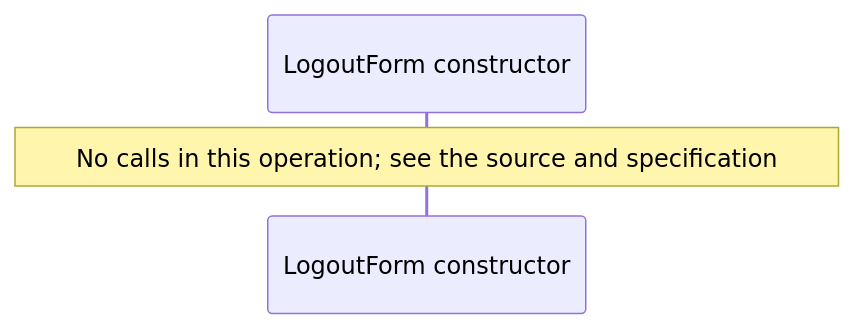
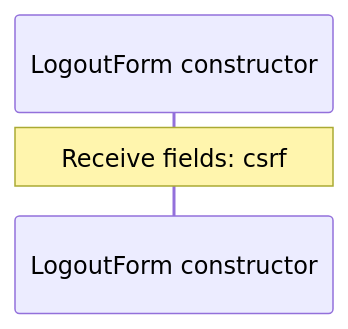
The fourth of 5 diagrams in docs/examples/oidc-login/client/contracts-diagrams.md (GreenPandaStudios/augscript), drawn with Mermaid before and after one commit. The commit also changed other lines of this file and 289 other files, not shown here.

Commit message:
Correct diagram control flow and complete generated wiki navigation

````diff
--- a/docs/examples/oidc-login/client/contracts-diagrams.md
+++ b/docs/examples/oidc-login/client/contracts-diagrams.md
@@ -68,6 +68,6 @@
 ```mermaid
 sequenceDiagram
     participant p0 as LogoutForm constructor
 
-    Note over p0: No calls in this operation#59; see the source and specification
+    Note over p0: Receive fields: csrf
 ```
````
